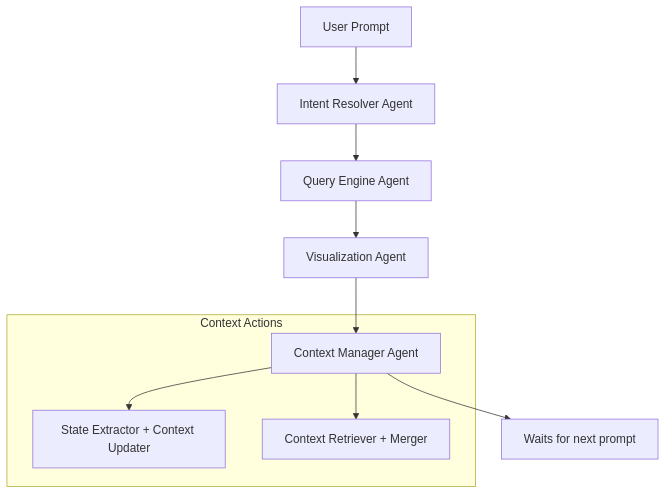
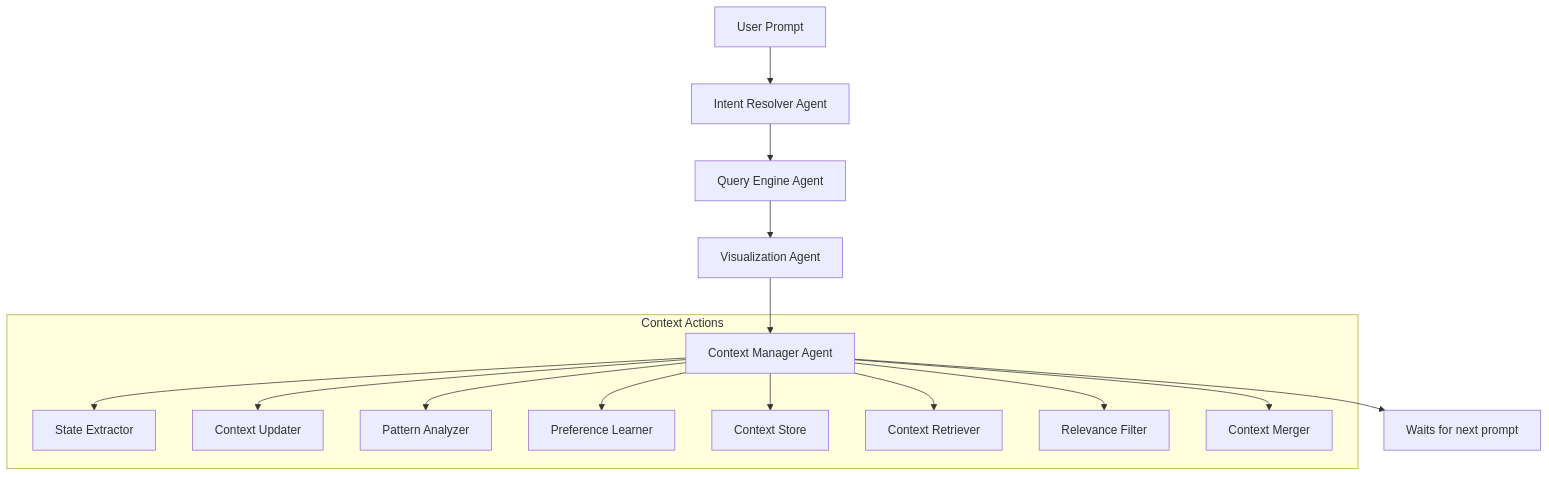
The diagram in README.md (Laasya-73/Context-Manager-Agent), drawn with Mermaid before and after one commit. The commit also changed other lines of this file, not shown here.

````diff
--- a/README.md
+++ b/README.md
@@ -59,13 +62,19 @@
 ```mermaid
 graph TD
   U[User Prompt] --> IR[Intent Resolver Agent]
   IR --> QE[Query Engine Agent]
   QE --> VA[Visualization Agent]
   VA --> CM[Context Manager Agent]
   CM --> Next[Waits for next prompt]
 
   subgraph Context Actions
-    CM --> Store[State Extractor + Context Updater]
-    CM --> Retrieve[Context Retriever + Merger]
+    CM --> SE[State Extractor]
+    CM --> CU[Context Updater]
+    CM --> PA[Pattern Analyzer]
+    CM --> PL[Preference Learner]
+    CM --> CS[Context Store]
+    CM --> CR[Context Retriever]
+    CM --> RF[Relevance Filter]
+    CM --> CMG[Context Merger]
   end
 ```
````
